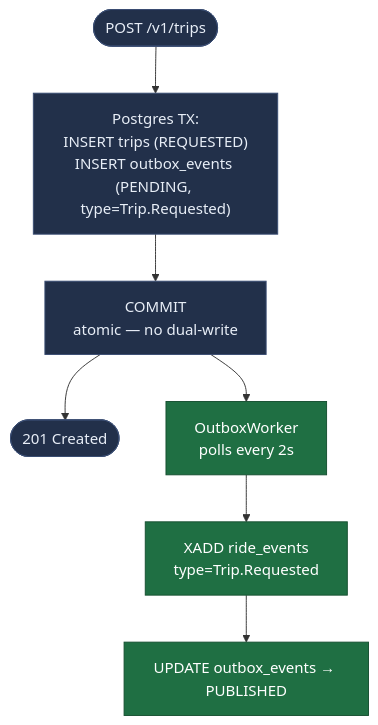
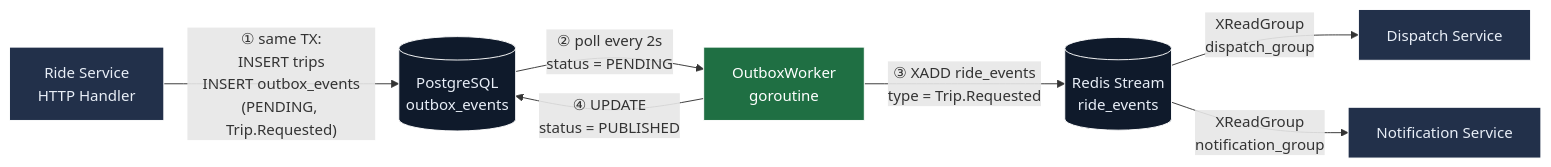
One commit to Ama2352/vroom-services changed the first of 2 diagrams in README.md. Above: the diagram before and after it, drawn with Mermaid. The commit also changed other lines of this file, not shown here.

First line of the commit message:
docs: restyle Outbox/Saga diagrams to match report reference images

````diff
--- a/README.md
+++ b/README.md
@@ -43,14 +43,16 @@
 ```mermaid
-flowchart TD
-    A(["POST /v1/trips"]) --> B["Postgres TX:<br/>INSERT trips (REQUESTED)<br/>INSERT outbox_events (PENDING, type=Trip.Requested)"]
-    B --> C["COMMIT<br/>atomic — no dual-write"]
-    C --> D(["201 Created"])
-    C --> E["OutboxWorker<br/>polls every 2s"]
-    E --> F["XADD ride_events<br/>type=Trip.Requested"]
-    F --> G["UPDATE outbox_events → PUBLISHED"]
+flowchart LR
+    A["Ride Service<br/>HTTP Handler"] -->|"① same TX:<br/>INSERT trips<br/>INSERT outbox_events<br/>(PENDING, Trip.Requested)"| B[("PostgreSQL<br/>outbox_events")]
+    B -->|"② poll every 2s<br/>status = PENDING"| C["OutboxWorker<br/>goroutine"]
+    C -->|"③ XADD ride_events<br/>type = Trip.Requested"| D[("Redis Stream<br/>ride_events")]
+    C -->|"④ UPDATE<br/>status = PUBLISHED"| B
+    D -->|"XReadGroup<br/>dispatch_group"| E["Dispatch Service"]
+    D -->|"XReadGroup<br/>notification_group"| F["Notification Service"]
 
-    classDef step fill:#22304a,stroke:#3a4d73,color:#e8eef7
-    classDef async fill:#1f6f43,stroke:#154f30,color:#ffffff
-    class A,B,C,D step
-    class E,F,G async
+    classDef svc fill:#22304a,stroke:#ffffff,stroke-width:1px,color:#e8eef7
+    classDef store fill:#0f1a2b,stroke:#ffffff,stroke-width:1px,color:#e8eef7
+    classDef async fill:#1f6f43,stroke:#ffffff,stroke-width:1px,color:#ffffff
+    class A,E,F svc
+    class B,D store
+    class C async
 ```
````
